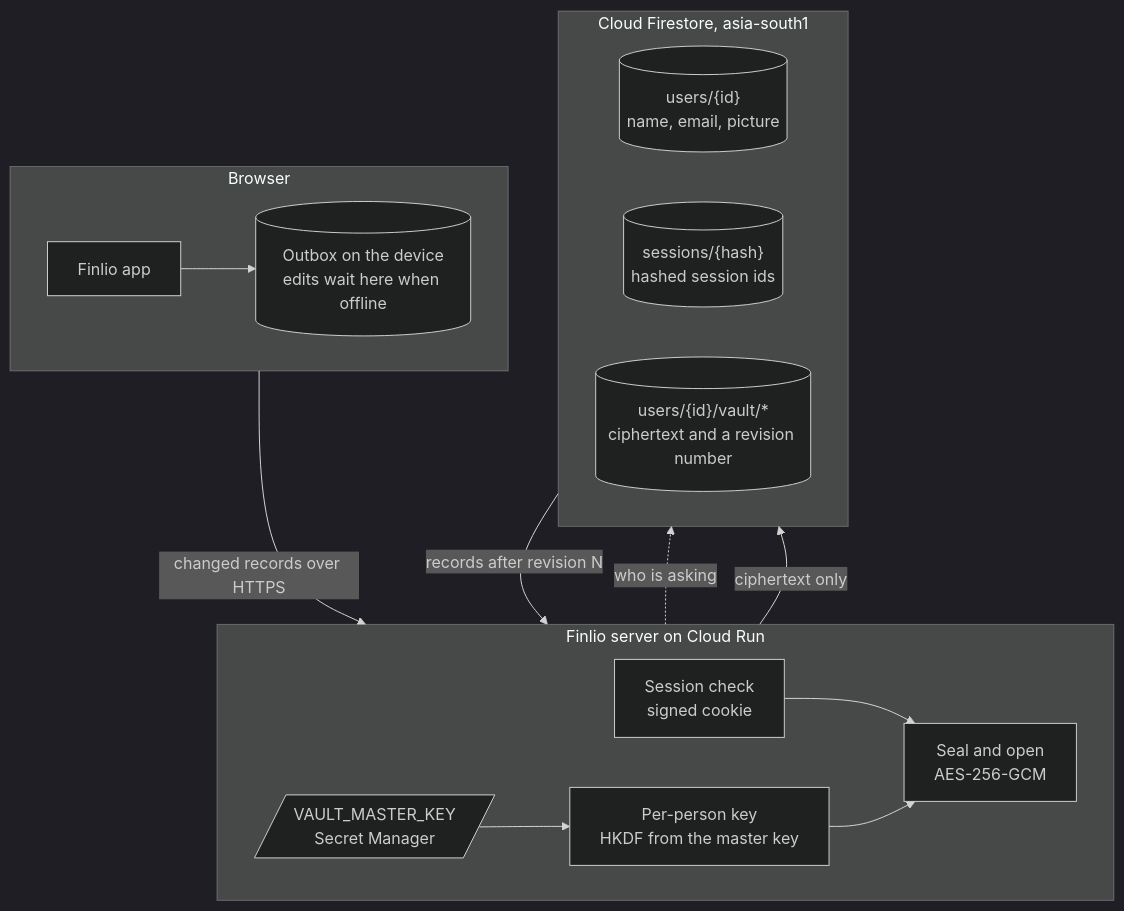
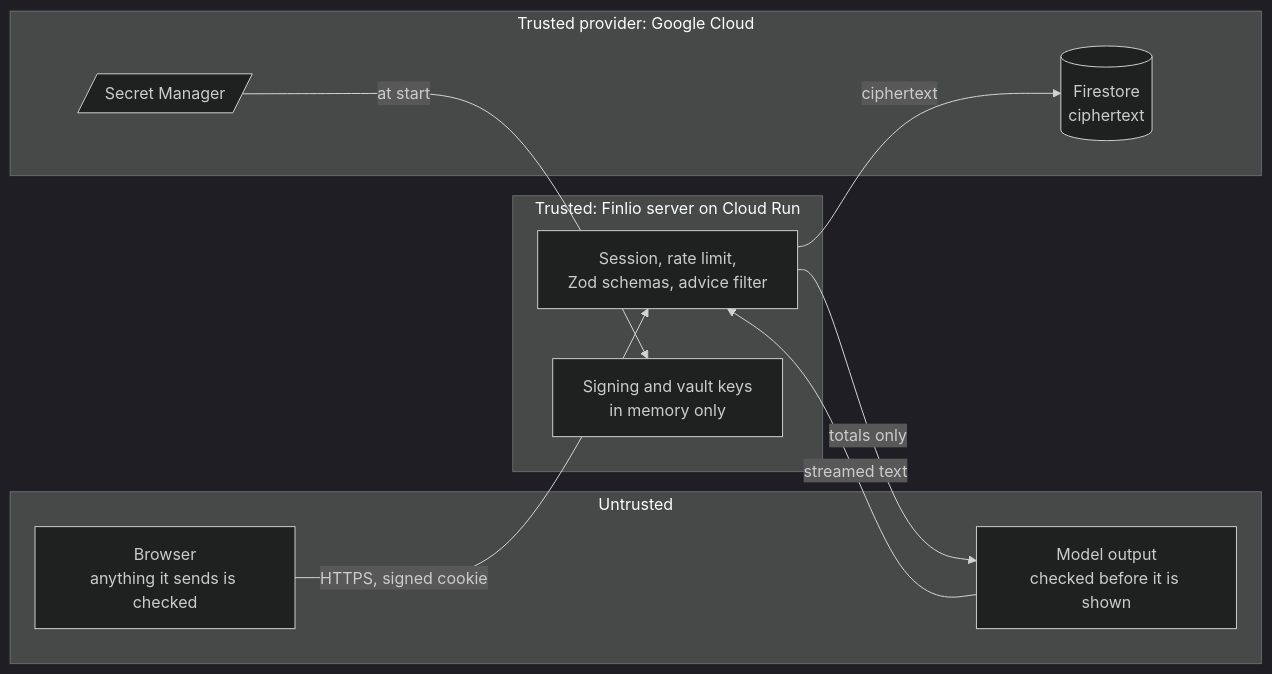
One commit to Gokulakrishnxn/Finlioo changed diagram 12 of 13 in README.md. Above: the diagram before and after it, drawn with Mermaid (dark theme). The commit also changed other lines of this file, not shown here.

First line of the commit message:
docs: expand the README into a full system architecture

````diff
--- a/README.md
+++ b/README.md
@@ -200,31 +507,23 @@
 ```mermaid
-flowchart TB
-    subgraph Browser
-        direction LR
-        App["Finlio app"]
-        Outbox[("Outbox on the device<br/>edits wait here when offline")]
-        App --> Outbox
+flowchart LR
+    subgraph Untrusted["Untrusted"]
+        Browser["Browser<br/>anything it sends is checked"]
+        Model["Model output<br/>checked before it is shown"]
     end
 
-    subgraph Server["Finlio server on Cloud Run"]
-        direction LR
-        Session["Session check<br/>signed cookie"]
-        Seal["Seal and open<br/>AES-256-GCM"]
-        Key["Per-person key<br/>HKDF from the master key"]
-        Master[/"VAULT_MASTER_KEY<br/>Secret Manager"/]
-        Session --> Seal
-        Master --> Key --> Seal
+    subgraph Finlio["Trusted: Finlio server on Cloud Run"]
+        Checks["Session, rate limit,<br/>Zod schemas, advice filter"]
+        Keys["Signing and vault keys<br/>in memory only"]
     end
 
-    subgraph Firestore["Cloud Firestore, asia-south1"]
-        direction LR
-        Users[("users/{id}<br/>name, email, picture")]
-        Sessions[("sessions/{hash}<br/>hashed session ids")]
-        Vault[("users/{id}/vault/*<br/>ciphertext and a revision number")]
+    subgraph Google["Trusted provider: Google Cloud"]
+        Secrets[/"Secret Manager"/]
+        DB[("Firestore<br/>ciphertext")]
     end
 
-    Outbox -- "changed records over HTTPS" --> Session
-    Session -. "who is asking" .-> Sessions
-    Seal -- "ciphertext only" --> Vault
-    Vault -- "records after revision N" --> Seal
+    Browser -- "HTTPS, signed cookie" --> Checks
+    Checks -- "totals only" --> Model
+    Model -- "streamed text" --> Checks
+    Secrets -- "at start" --> Keys
+    Checks -- "ciphertext" --> DB
 ```
````
